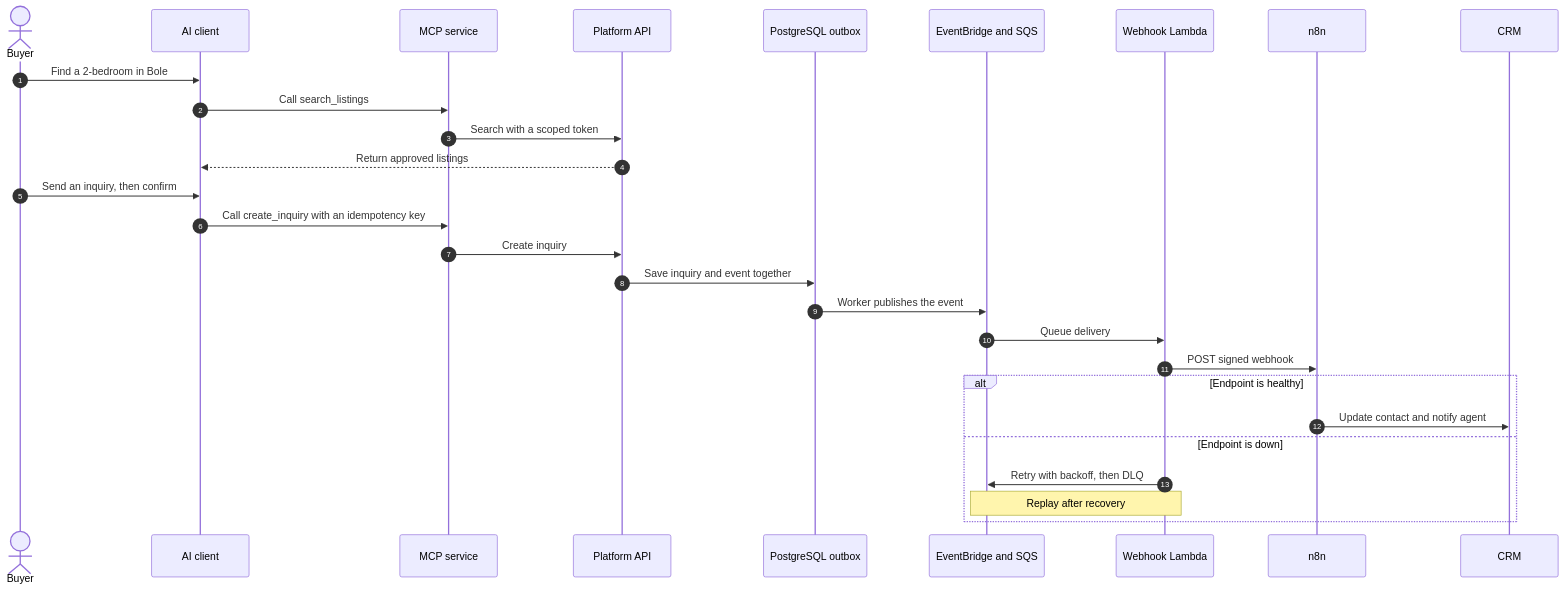
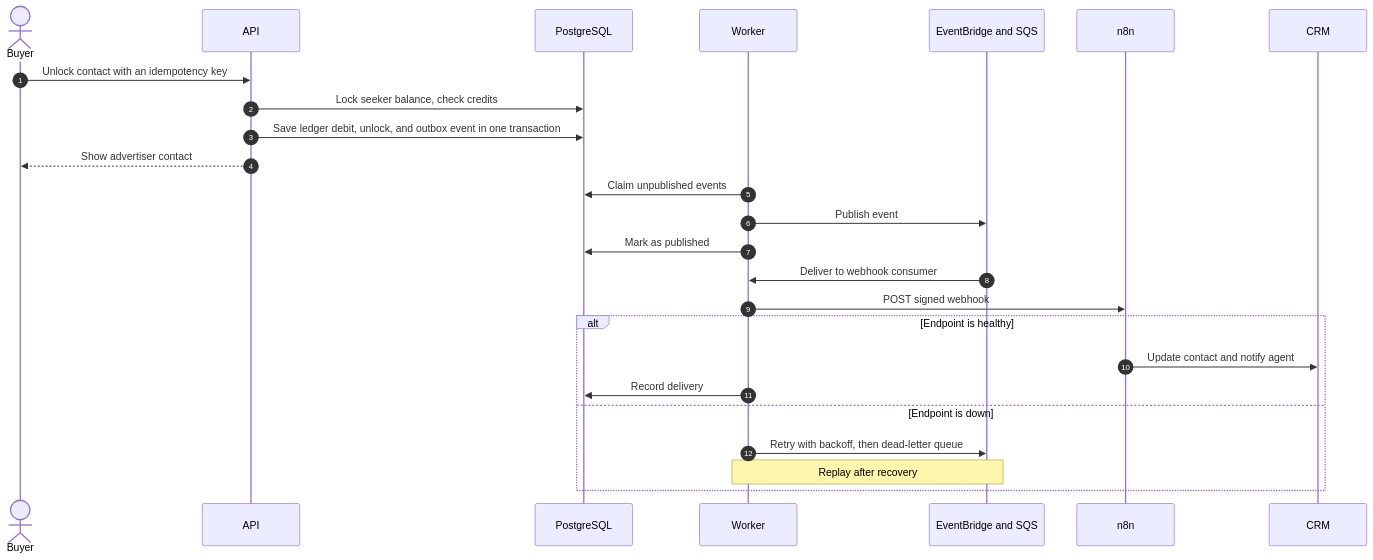
One commit to Zerubabel-J/tracehome-platform changed the sixth of 9 diagrams in ARCHITECTURE.md. Above: the diagram before and after it, drawn with Mermaid. The commit also changed other lines of this file and 2 other files, not shown here.

Commit message:
Add marketplace rules, credit ledger, and reviews

````diff
--- a/ARCHITECTURE.md
+++ b/ARCHITECTURE.md
@@ -181,31 +272,28 @@
 ```mermaid
 sequenceDiagram
     autonumber
     actor Buyer
-    participant AI as AI client
-    participant MCP as MCP service
-    participant API as Platform API
-    participant DB as PostgreSQL outbox
+    participant API
+    participant DB as PostgreSQL
+    participant W as Worker
     participant Bus as EventBridge and SQS
-    participant Hook as Webhook Lambda
     participant N8N as n8n
     participant CRM
 
-    Buyer->>AI: Find a 2-bedroom in Bole
-    AI->>MCP: Call search_listings
-    MCP->>API: Search with a scoped token
-    API-->>AI: Return approved listings
-    Buyer->>AI: Send an inquiry, then confirm
-    AI->>MCP: Call create_inquiry with an idempotency key
-    MCP->>API: Create inquiry
-    API->>DB: Save inquiry and event together
-    DB->>Bus: Worker publishes the event
-    Bus->>Hook: Queue delivery
-    Hook->>N8N: POST signed webhook
+    Buyer->>API: Unlock contact with an idempotency key
+    API->>DB: Lock seeker balance, check credits
+    API->>DB: Save ledger debit, unlock, and outbox event in one transaction
+    API-->>Buyer: Show advertiser contact
+    W->>DB: Claim unpublished events
+    W->>Bus: Publish event
+    W->>DB: Mark as published
+    Bus->>W: Deliver to webhook consumer
+    W->>N8N: POST signed webhook
     alt Endpoint is healthy
         N8N->>CRM: Update contact and notify agent
+        W->>DB: Record delivery
     else Endpoint is down
-        Hook->>Bus: Retry with backoff, then DLQ
-        Note over Hook,Bus: Replay after recovery
+        W->>Bus: Retry with backoff, then dead-letter queue
+        Note over W,Bus: Replay after recovery
     end
 ```
````
